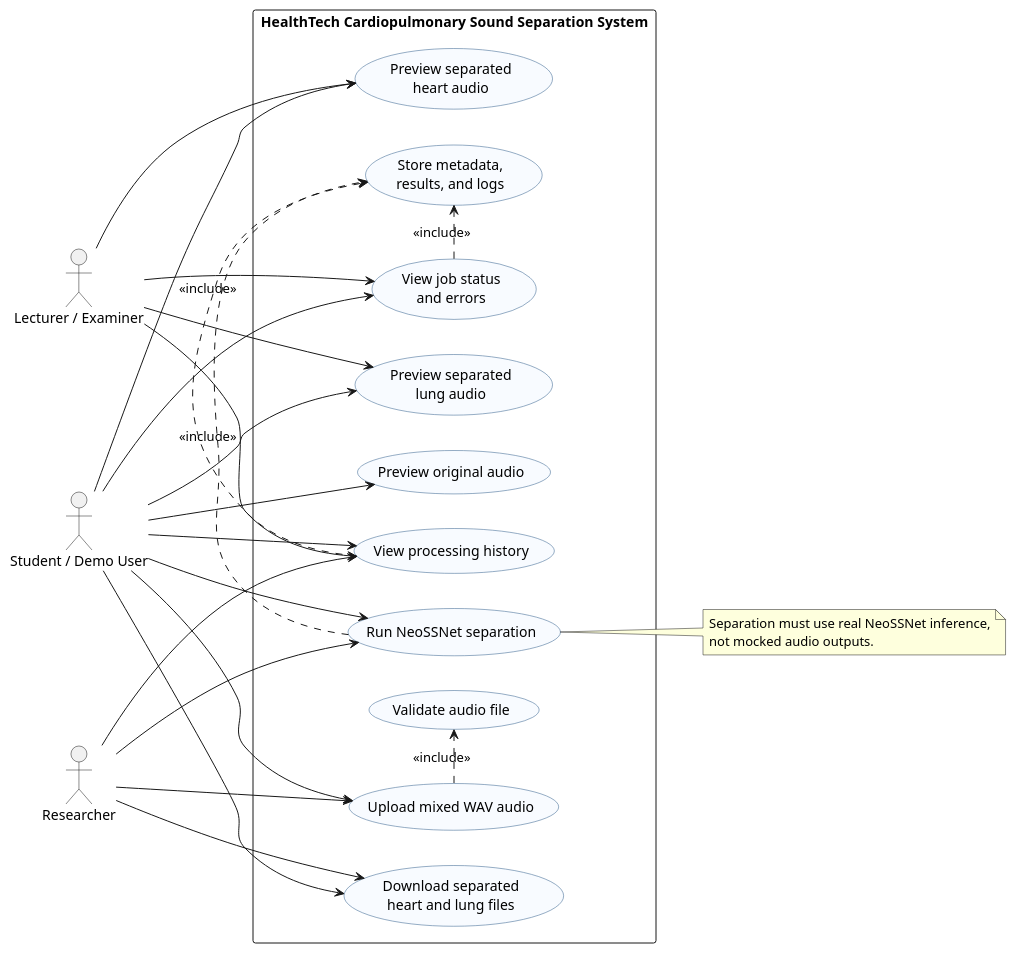
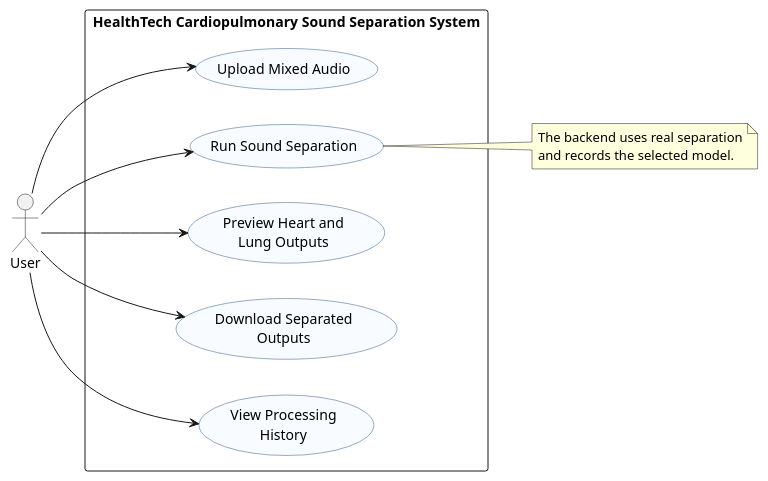
One commit to ASHRAF-2004/Machine-Learning-Based-System-for-Cardiopulmonary-Sound-Separation changed the diagram in docs/software_design_report/diagrams/puml/use_case_diagram.puml. Above: the diagram before and after it, drawn with PlantUML. The commit also changed 20 other files, not shown here.

Commit message:
Polish software design report structure and diagrams

```diff
--- a/docs/software_design_report/diagrams/puml/use_case_diagram.puml
+++ b/docs/software_design_report/diagrams/puml/use_case_diagram.puml
@@ -1,59 +1,34 @@
 @startuml
 ' HealthTech use case diagram.
 ' Suggested LaTeX placement: normal page.
 
 left to right direction
 skinparam packageStyle rectangle
 skinparam shadowing false
 skinparam usecase {
   BackgroundColor #F8FBFF
   BorderColor #2D5A88
 }
 
-actor "Student / Demo User" as Student
-actor "Lecturer / Examiner" as Lecturer
-actor "Researcher" as Researcher
+actor "User" as User
 
 rectangle "HealthTech Cardiopulmonary Sound Separation System" {
-  usecase "Upload mixed WAV audio" as UCUpload
-  usecase "Validate audio file" as UCValidate
-  usecase "Run NeoSSNet separation" as UCSeparate
-  usecase "Preview original audio" as UCPreviewOriginal
-  usecase "Preview separated\nheart audio" as UCPreviewHeart
-  usecase "Preview separated\nlung audio" as UCPreviewLung
-  usecase "Download separated\nheart and lung files" as UCDownload
-  usecase "View processing history" as UCHistory
-  usecase "View job status\nand errors" as UCStatus
-  usecase "Store metadata,\nresults, and logs" as UCStore
+  usecase "Upload Mixed Audio" as UCUpload
+  usecase "Run Sound Separation" as UCSeparate
+  usecase "Preview Heart and\nLung Outputs" as UCPreview
+  usecase "Download Separated\nOutputs" as UCDownload
+  usecase "View Processing\nHistory" as UCHistory
 }
 
-Student --> UCUpload
-Student --> UCSeparate
-Student --> UCPreviewOriginal
-Student --> UCPreviewHeart
-Student --> UCPreviewLung
-Student --> UCDownload
-Student --> UCHistory
-Student --> UCStatus
-
-Lecturer --> UCHistory
-Lecturer --> UCStatus
-Lecturer --> UCPreviewHeart
-Lecturer --> UCPreviewLung
-
-Researcher --> UCUpload
-Researcher --> UCSeparate
-Researcher --> UCDownload
-Researcher --> UCHistory
-
-UCUpload .> UCValidate : <<include>>
-UCSeparate .> UCStore : <<include>>
-UCStatus .> UCStore : <<include>>
-UCHistory .> UCStore : <<include>>
+User --> UCUpload
+User --> UCSeparate
+User --> UCPreview
+User --> UCDownload
+User --> UCHistory
 
 note right of UCSeparate
-  Separation must use real NeoSSNet inference,
-  not mocked audio outputs.
+  The backend uses real separation
+  and records the selected model.
 end note
 
 @enduml
```
